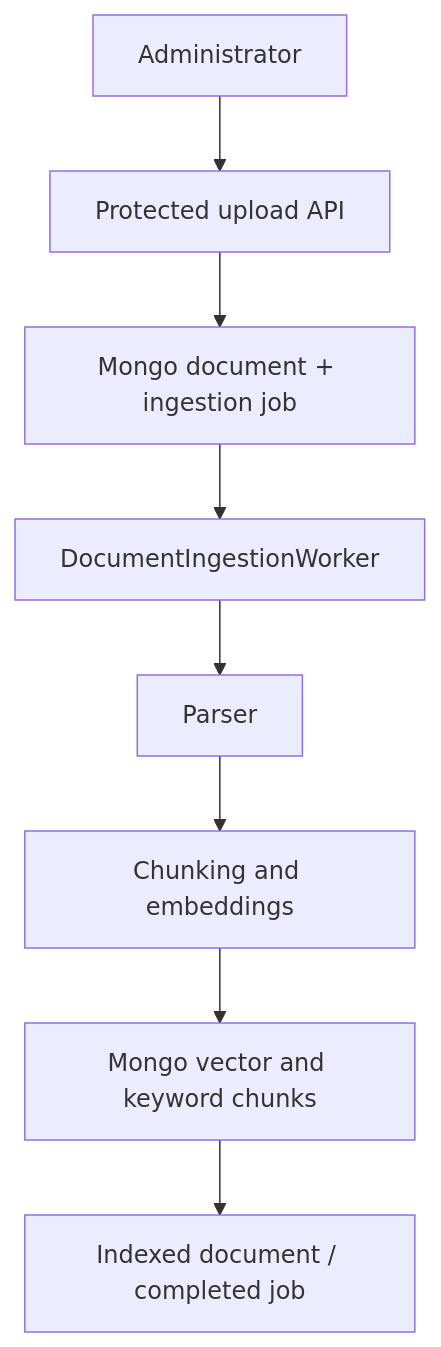
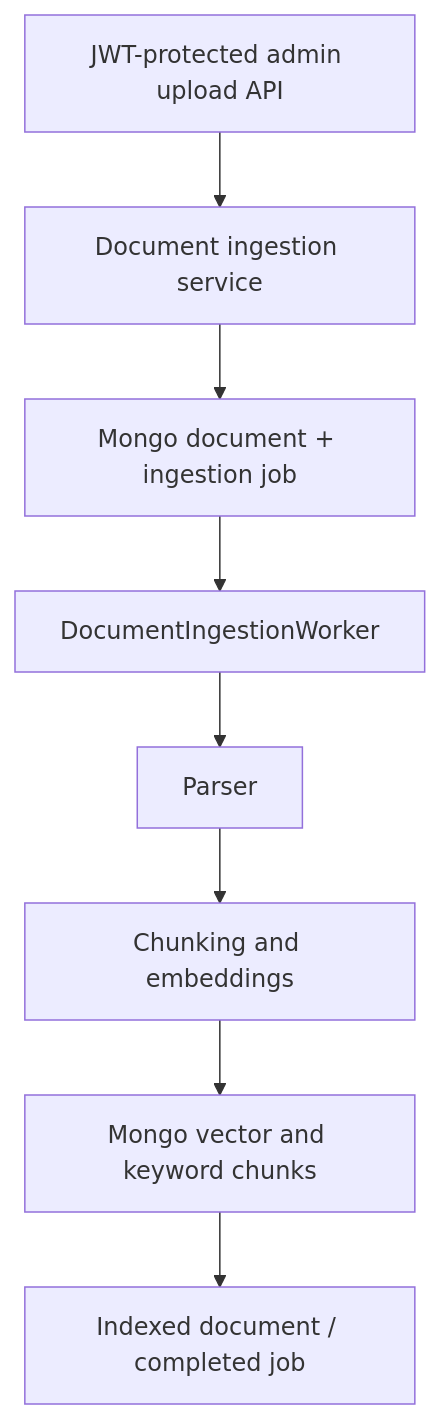
The diagram in docs/ingestion-pipeline.md (Kheang1409/portfolio-backend), drawn with Mermaid before and after one commit. The commit also changed other lines of this file and 22 other files, not shown here.

First line of the commit message:
feat: secure knowledge admin API with JWT

````diff
--- a/docs/ingestion-pipeline.md
+++ b/docs/ingestion-pipeline.md
@@ -3,10 +3,10 @@
 ```mermaid
 flowchart TD
-  A[Administrator] --> B[Protected upload API]
+  A[JWT-protected admin upload API] --> B[Document ingestion service]
   B --> C[Mongo document + ingestion job]
   C --> D[DocumentIngestionWorker]
   D --> E[Parser]
   E --> F[Chunking and embeddings]
   F --> G[Mongo vector and keyword chunks]
   G --> H[Indexed document / completed job]
 ```
````
